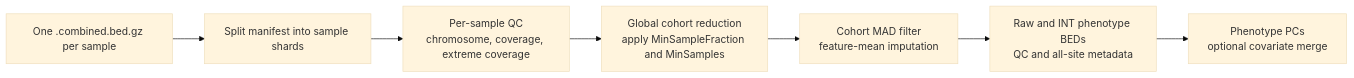
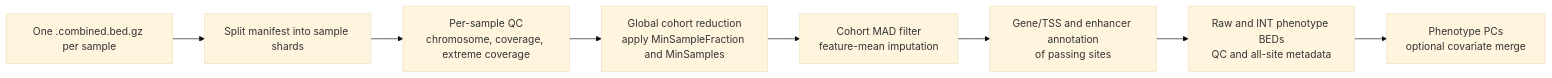
Before and after one commit to AoU-Multiomics-Analysis/prepare_QTL: the diagram in docs/methylation-qtl.md, drawn with Mermaid (base theme). The commit also changed other lines of this file and 5 other files, not shown here.

````diff
--- a/docs/methylation-qtl.md
+++ b/docs/methylation-qtl.md
@@ -35,9 +37,10 @@
 ```mermaid
 flowchart LR
     A["One .combined.bed.gz per sample"] --> B["Split manifest into sample shards"]
     B --> C["Per-sample QC\nchromosome, coverage, extreme coverage"]
     C --> D["Global cohort reduction\napply MinSampleFraction and MinSamples"]
     D --> E["Cohort MAD filter\nfeature-mean imputation"]
-    E --> F["Raw and INT phenotype BEDs\nQC and all-site metadata"]
-    F --> G["Phenotype PCs\noptional covariate merge"]
+    E --> F["Gene/TSS and enhancer annotation\nof passing sites"]
+    F --> G["Raw and INT phenotype BEDs\nQC and all-site metadata"]
+    G --> H["Phenotype PCs\noptional covariate merge"]
 ```
````
